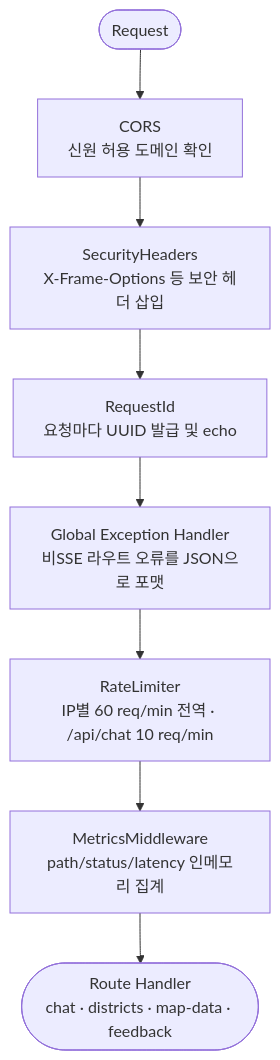
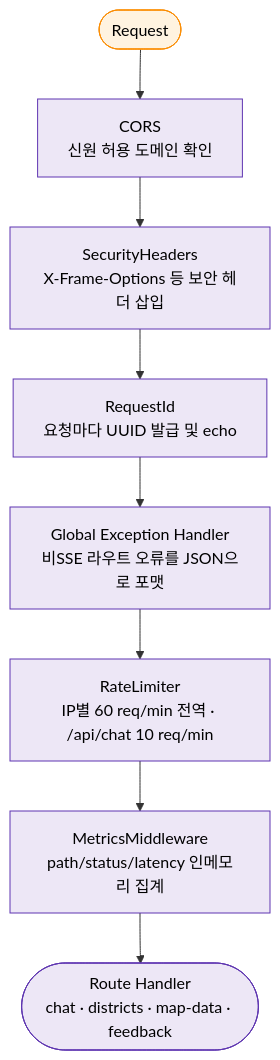
The diagram in docs/learning/03-백엔드-접수창구.md (SJayKim/Catchment-Area-Analysis), drawn with Mermaid before and after one commit. The commit also changed other lines of this file and 6 other files, not shown here.

````diff
--- a/docs/learning/03-백엔드-접수창구.md
+++ b/docs/learning/03-백엔드-접수창구.md
@@ -26,10 +26,15 @@
 ```mermaid
 flowchart TD
-    A([Request]) --> B[CORS\n신원 허용 도메인 확인]
-    B --> C[SecurityHeaders\nX-Frame-Options 등 보안 헤더 삽입]
-    C --> D[RequestId\n요청마다 UUID 발급 및 echo]
-    D --> E[Global Exception Handler\n비SSE 라우트 오류를 JSON으로 포맷]
-    E --> F[RateLimiter\nIP별 60 req/min 전역 · /api/chat 10 req/min]
-    F --> G[MetricsMiddleware\npath/status/latency 인메모리 집계]
-    G --> H([Route Handler\nchat · districts · map-data · feedback])
+    A([Request]) --> B["CORS<br/>신원 허용 도메인 확인"]
+    B --> C["SecurityHeaders<br/>X-Frame-Options 등 보안 헤더 삽입"]
+    C --> D["RequestId<br/>요청마다 UUID 발급 및 echo"]
+    D --> E["Global Exception Handler<br/>비SSE 라우트 오류를 JSON으로 포맷"]
+    E --> F["RateLimiter<br/>IP별 60 req/min 전역 · /api/chat 10 req/min"]
+    F --> G["MetricsMiddleware<br/>path/status/latency 인메모리 집계"]
+    G --> H(["Route Handler<br/>chat · districts · map-data · feedback"])
+
+    classDef be fill:#ede7f6,stroke:#5e35b1,color:#000
+    classDef ext fill:#fff3e0,stroke:#fb8c00,color:#000
+    class B,C,D,E,F,G,H be
+    class A ext
 ```
````
